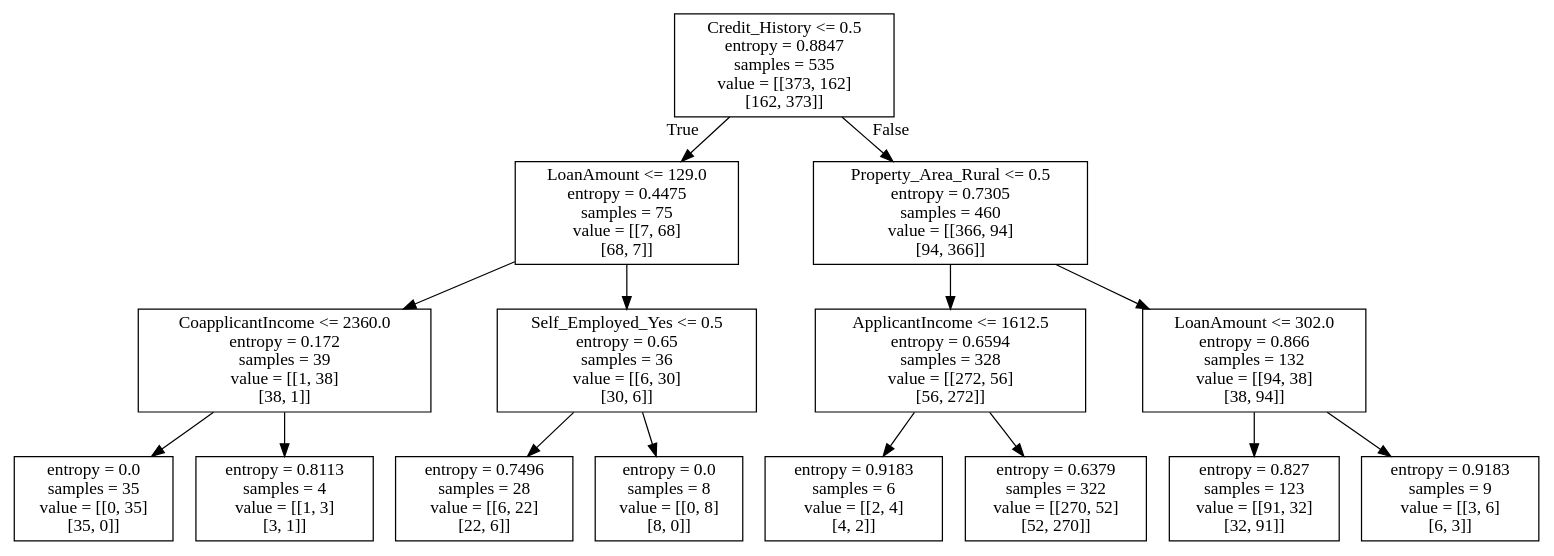
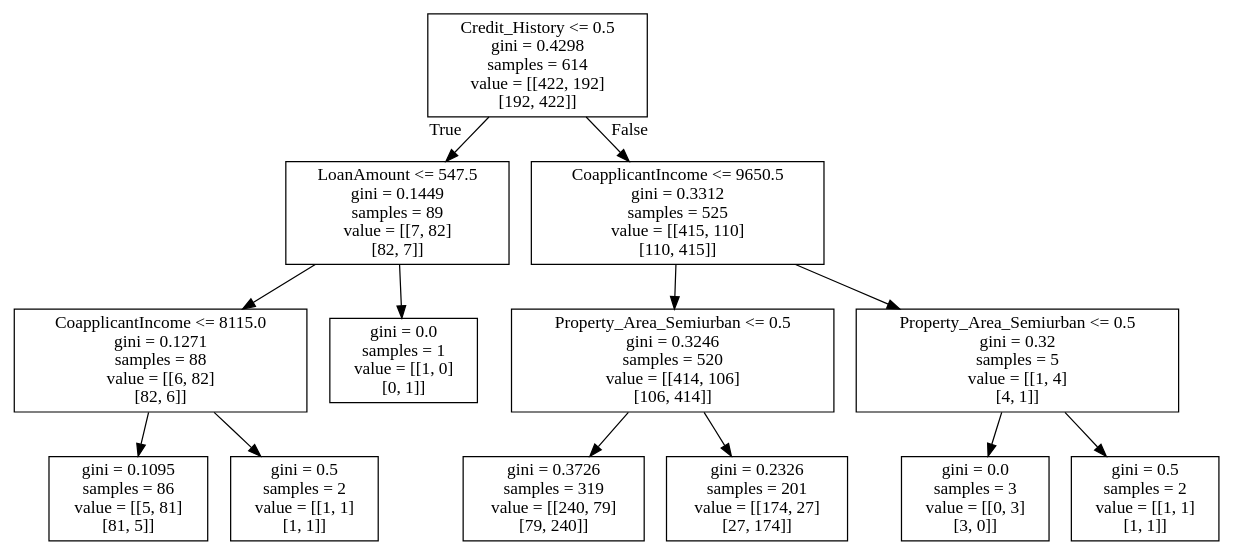
The diagram in LoanPrediction/DT/tree.dot (tdrxy/analyticsvidhya), drawn with Graphviz before and after one commit. The commit also changed 4 other files, not shown here.

```diff
--- a/LoanPrediction/DT/tree.dot
+++ b/LoanPrediction/DT/tree.dot
@@ -1,32 +1,28 @@
 digraph Tree {
 node [shape=box] ;
-0 [label="Credit_History <= 0.5\nentropy = 0.8847\nsamples = 535\nvalue = [[373, 162]\n[162, 373]]"] ;
-1 [label="LoanAmount <= 129.0\nentropy = 0.4475\nsamples = 75\nvalue = [[7, 68]\n[68, 7]]"] ;
+0 [label="Credit_History <= 0.5\ngini = 0.4298\nsamples = 614\nvalue = [[422, 192]\n[192, 422]]"] ;
+1 [label="LoanAmount <= 547.5\ngini = 0.1449\nsamples = 89\nvalue = [[7, 82]\n[82, 7]]"] ;
 0 -> 1 [labeldistance=2.5, labelangle=45, headlabel="True"] ;
-2 [label="CoapplicantIncome <= 2360.0\nentropy = 0.172\nsamples = 39\nvalue = [[1, 38]\n[38, 1]]"] ;
+2 [label="CoapplicantIncome <= 8115.0\ngini = 0.1271\nsamples = 88\nvalue = [[6, 82]\n[82, 6]]"] ;
 1 -> 2 ;
-3 [label="entropy = 0.0\nsamples = 35\nvalue = [[0, 35]\n[35, 0]]"] ;
+3 [label="gini = 0.1095\nsamples = 86\nvalue = [[5, 81]\n[81, 5]]"] ;
 2 -> 3 ;
-4 [label="entropy = 0.8113\nsamples = 4\nvalue = [[1, 3]\n[3, 1]]"] ;
+4 [label="gini = 0.5\nsamples = 2\nvalue = [[1, 1]\n[1, 1]]"] ;
 2 -> 4 ;
-5 [label="Self_Employed_Yes <= 0.5\nentropy = 0.65\nsamples = 36\nvalue = [[6, 30]\n[30, 6]]"] ;
+5 [label="gini = 0.0\nsamples = 1\nvalue = [[1, 0]\n[0, 1]]"] ;
 1 -> 5 ;
-6 [label="entropy = 0.7496\nsamples = 28\nvalue = [[6, 22]\n[22, 6]]"] ;
-5 -> 6 ;
-7 [label="entropy = 0.0\nsamples = 8\nvalue = [[0, 8]\n[8, 0]]"] ;
-5 -> 7 ;
-8 [label="Property_Area_Rural <= 0.5\nentropy = 0.7305\nsamples = 460\nvalue = [[366, 94]\n[94, 366]]"] ;
-0 -> 8 [labeldistance=2.5, labelangle=-45, headlabel="False"] ;
-9 [label="ApplicantIncome <= 1612.5\nentropy = 0.6594\nsamples = 328\nvalue = [[272, 56]\n[56, 272]]"] ;
-8 -> 9 ;
-10 [label="entropy = 0.9183\nsamples = 6\nvalue = [[2, 4]\n[4, 2]]"] ;
-9 -> 10 ;
-11 [label="entropy = 0.6379\nsamples = 322\nvalue = [[270, 52]\n[52, 270]]"] ;
-9 -> 11 ;
-12 [label="LoanAmount <= 302.0\nentropy = 0.866\nsamples = 132\nvalue = [[94, 38]\n[38, 94]]"] ;
-8 -> 12 ;
-13 [label="entropy = 0.827\nsamples = 123\nvalue = [[91, 32]\n[32, 91]]"] ;
-12 -> 13 ;
-14 [label="entropy = 0.9183\nsamples = 9\nvalue = [[3, 6]\n[6, 3]]"] ;
-12 -> 14 ;
+6 [label="CoapplicantIncome <= 9650.5\ngini = 0.3312\nsamples = 525\nvalue = [[415, 110]\n[110, 415]]"] ;
+0 -> 6 [labeldistance=2.5, labelangle=-45, headlabel="False"] ;
+7 [label="Property_Area_Semiurban <= 0.5\ngini = 0.3246\nsamples = 520\nvalue = [[414, 106]\n[106, 414]]"] ;
+6 -> 7 ;
+8 [label="gini = 0.3726\nsamples = 319\nvalue = [[240, 79]\n[79, 240]]"] ;
+7 -> 8 ;
+9 [label="gini = 0.2326\nsamples = 201\nvalue = [[174, 27]\n[27, 174]]"] ;
+7 -> 9 ;
+10 [label="Property_Area_Semiurban <= 0.5\ngini = 0.32\nsamples = 5\nvalue = [[1, 4]\n[4, 1]]"] ;
+6 -> 10 ;
+11 [label="gini = 0.0\nsamples = 3\nvalue = [[0, 3]\n[3, 0]]"] ;
+10 -> 11 ;
+12 [label="gini = 0.5\nsamples = 2\nvalue = [[1, 1]\n[1, 1]]"] ;
+10 -> 12 ;
 }
```
